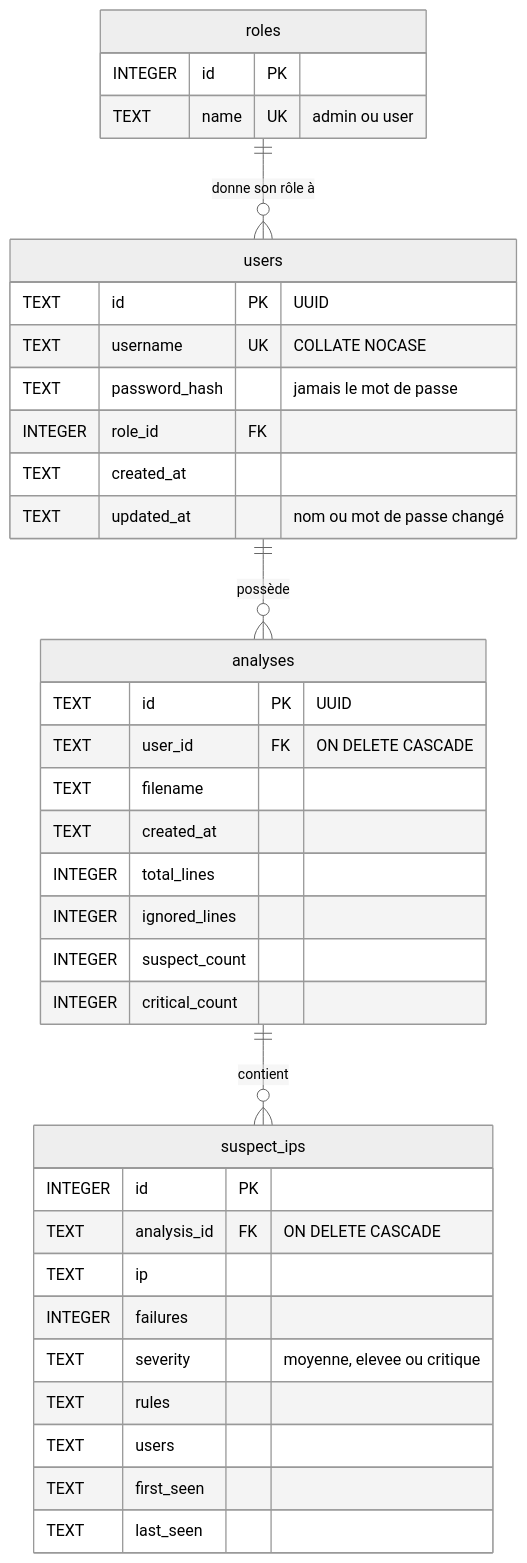
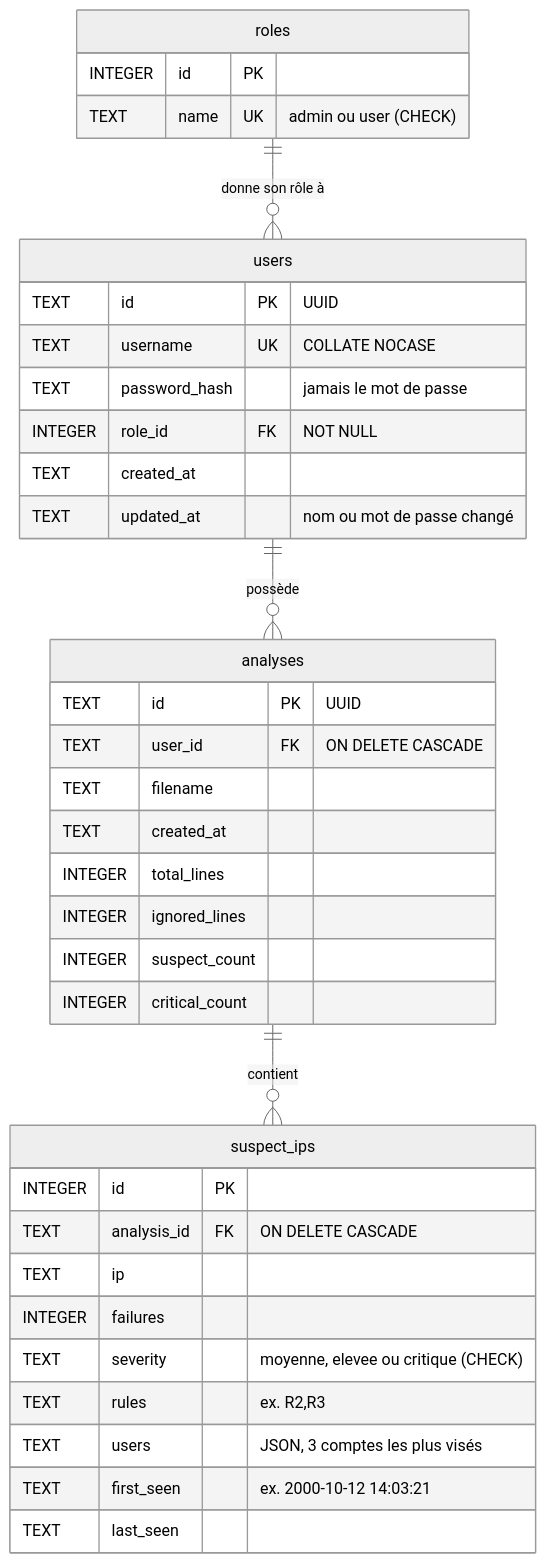
Before and after one commit to anil-akr/sentinelssh: the third of 11 diagrams in docs/diagrammes.md, drawn with Mermaid (neutral theme). The commit also changed other lines of this file and 17 other files, not shown here.

Commit message:
docs: refresh README, API reference, diagrams, decisions and test report

````diff
--- a/docs/diagrammes.md
+++ b/docs/diagrammes.md
@@ -34,40 +92,40 @@
 ```mermaid
 erDiagram
     roles ||--o{ users : "donne son rôle à"
     users ||--o{ analyses : "possède"
     analyses ||--o{ suspect_ips : "contient"
 
     roles {
         INTEGER id PK
-        TEXT name UK "admin ou user"
+        TEXT name UK "admin ou user (CHECK)"
     }
     users {
         TEXT id PK "UUID"
         TEXT username UK "COLLATE NOCASE"
         TEXT password_hash "jamais le mot de passe"
-        INTEGER role_id FK
+        INTEGER role_id FK "NOT NULL"
         TEXT created_at
         TEXT updated_at "nom ou mot de passe changé"
     }
     analyses {
         TEXT id PK "UUID"
         TEXT user_id FK "ON DELETE CASCADE"
         TEXT filename
         TEXT created_at
         INTEGER total_lines
         INTEGER ignored_lines
         INTEGER suspect_count
         INTEGER critical_count
     }
     suspect_ips {
         INTEGER id PK
         TEXT analysis_id FK "ON DELETE CASCADE"
         TEXT ip
         INTEGER failures
-        TEXT severity "moyenne, elevee ou critique"
-        TEXT rules
-        TEXT users
-        TEXT first_seen
+        TEXT severity "moyenne, elevee ou critique (CHECK)"
+        TEXT rules "ex. R2,R3"
+        TEXT users "JSON, 3 comptes les plus visés"
+        TEXT first_seen "ex. 2000-10-12 14:03:21"
         TEXT last_seen
     }
 ```
````
